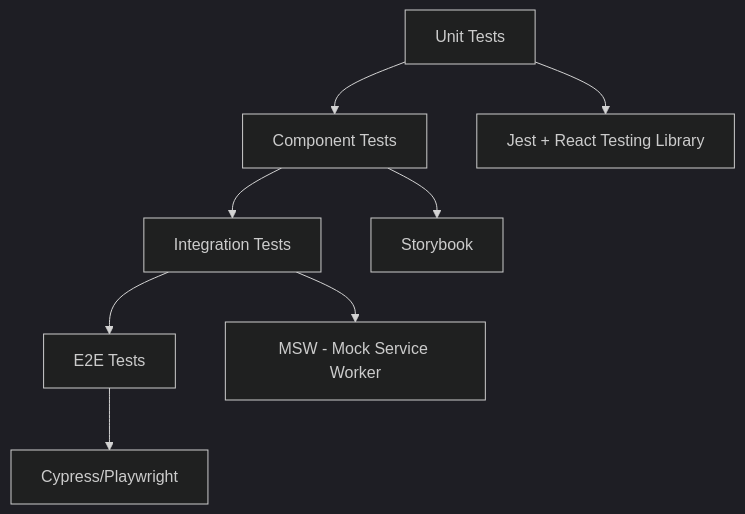
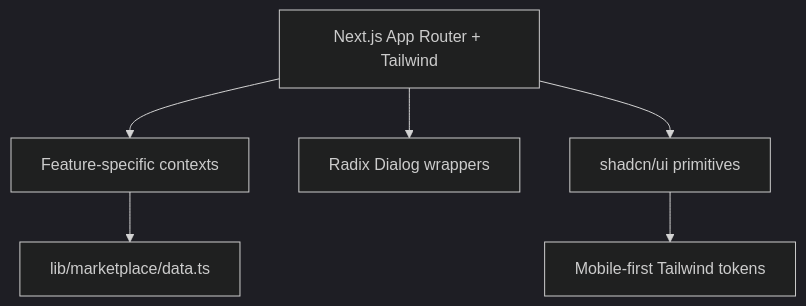
Before and after one commit to SaulChoque/feria_frontend_development: the second of 2 diagrams in README.md, drawn with Mermaid (dark theme). The commit also changed other lines of this file and 24 other files, not shown here.

````diff
--- a/README.md
+++ b/README.md
@@ -621,11 +224,8 @@
 ```mermaid
 graph TD
-    A[Unit Tests] --> B[Component Tests]
-    B --> C[Integration Tests]
-    C --> D[E2E Tests]
-    
-    A --> E[Jest + React Testing Library]
-    B --> F[Storybook]
-    C --> G[MSW - Mock Service Worker]
-    D --> H[Cypress/Playwright]
+    UI[Next.js App Router + Tailwind] --> Contexts[Feature-specific contexts]
+    Contexts --> MockData[lib/marketplace/data.ts]
+    UI --> Modals[Radix Dialog wrappers]
+    UI --> Components[shadcn/ui primitives]
+    Components --> Responsiveness[Mobile-first Tailwind tokens]
 ```
````
